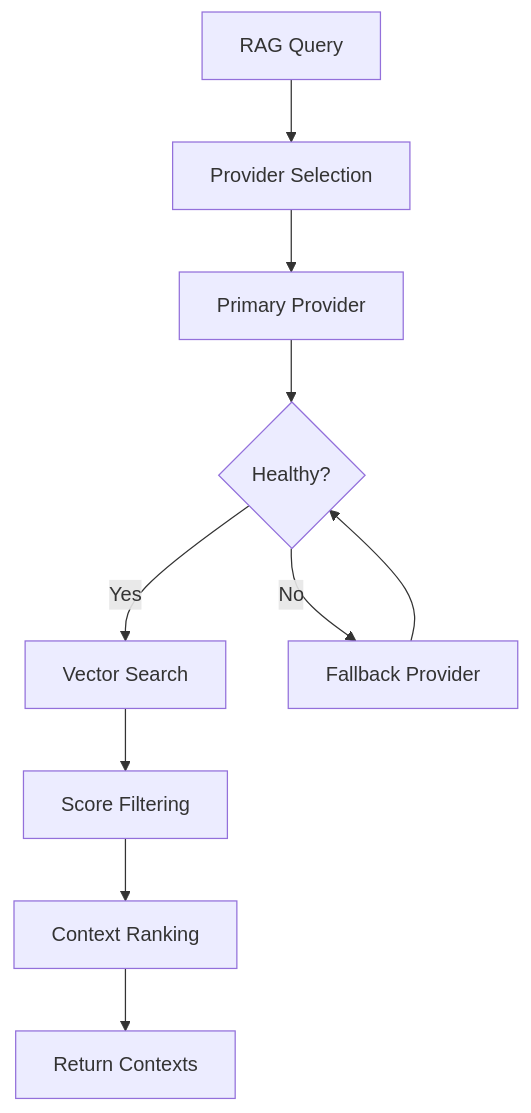
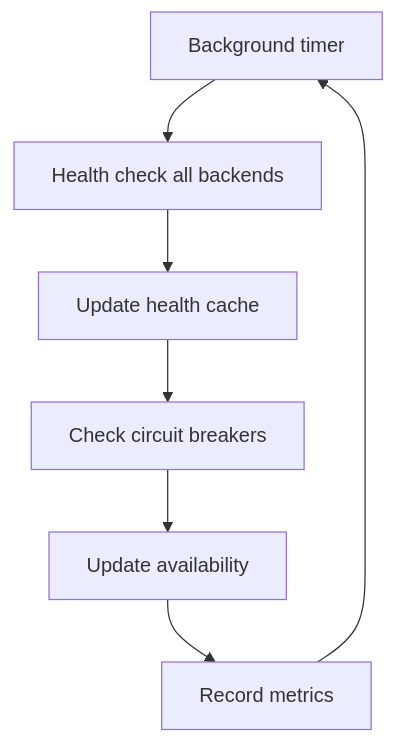
One commit to RobLe3/claudette changed the second of 2 diagrams in docs/technical/ARCHITECTURE.md. Above: the diagram before and after it, drawn with Mermaid. The commit also changed other lines of this file and 80 other files, not shown here.

````diff
--- a/docs/technical/ARCHITECTURE.md
+++ b/docs/technical/ARCHITECTURE.md
@@ -335,12 +202,9 @@
 ```mermaid
 graph TD
-    A[RAG Query] --> B[Provider Selection]
-    B --> C[Primary Provider]
-    C --> D{Healthy?}
-    D -->|Yes| E[Vector Search]
-    D -->|No| F[Fallback Provider]
-    F --> D
-    E --> G[Score Filtering]
-    G --> H[Context Ranking]
-    H --> I[Return Contexts]
+    A[Background timer] --> B[Health check all backends]
+    B --> C[Update health cache]
+    C --> D[Check circuit breakers]
+    D --> E[Update availability]
+    E --> F[Record metrics]
+    F --> A
 ```
````
